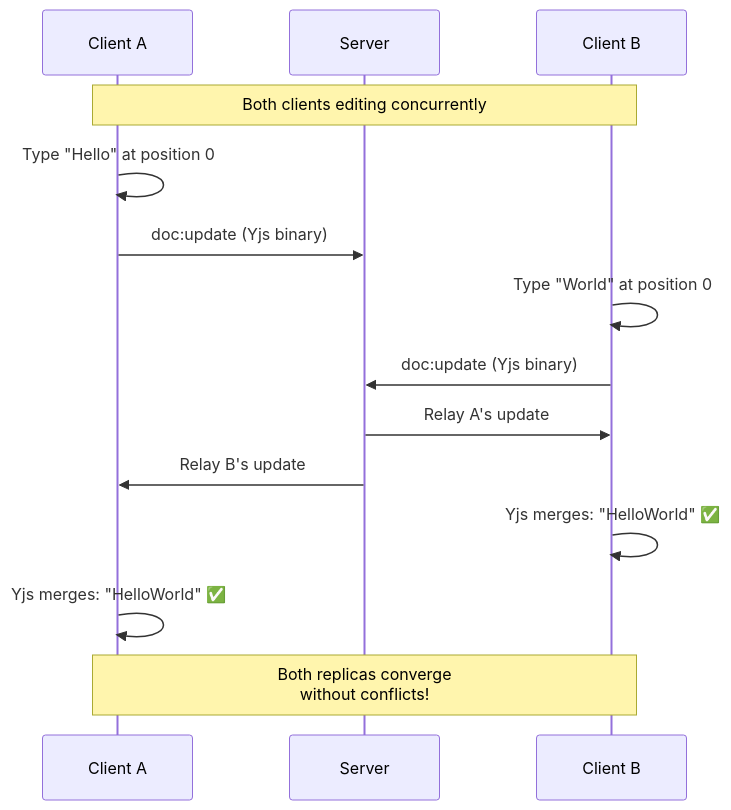
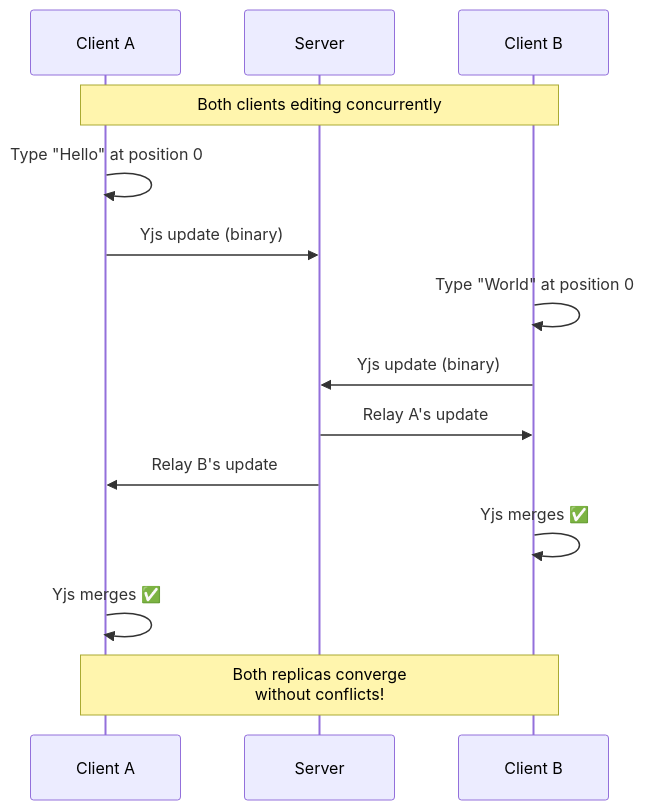
One commit to Priyansh9506/Hive changed the ninth of 19 diagrams in README.md. Above: the diagram before and after it, drawn with Mermaid. The commit also changed other lines of this file and 52 other files, not shown here.

````diff
--- a/README.md
+++ b/README.md
@@ -771,21 +911,21 @@
 ```mermaid
 sequenceDiagram
     participant A as Client A
     participant S as Server
     participant B as Client B
 
     Note over A, B: Both clients editing concurrently
 
     A->>A: Type "Hello" at position 0
-    A->>S: doc:update (Yjs binary)
+    A->>S: Yjs update (binary)
     B->>B: Type "World" at position 0
-    B->>S: doc:update (Yjs binary)
+    B->>S: Yjs update (binary)
 
     S->>B: Relay A's update
     S->>A: Relay B's update
 
-    B->>B: Yjs merges: "HelloWorld" ✅
-    A->>A: Yjs merges: "HelloWorld" ✅
+    B->>B: Yjs merges ✅
+    A->>A: Yjs merges ✅
 
     Note over A, B: Both replicas converge<br/>without conflicts!
 ```
````
